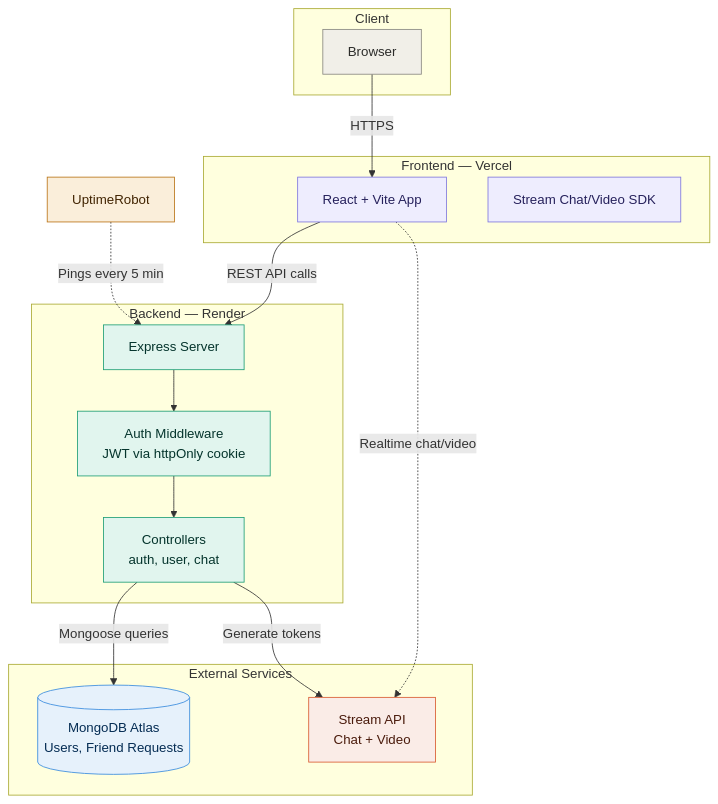
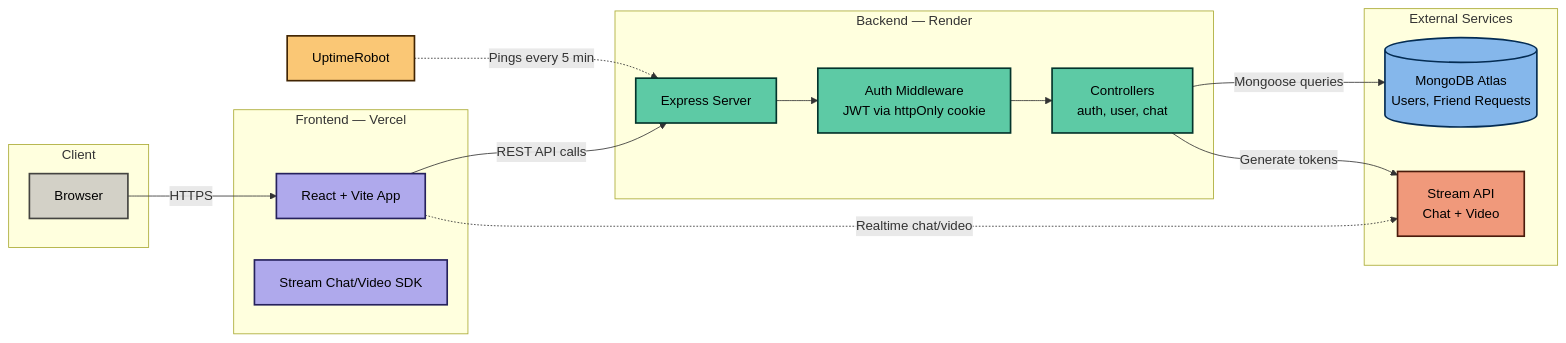
Before and after one commit to aasthabajpai010/BhashaShikho: the first of 4 diagrams in ARCHITECTURE.md, drawn with Mermaid. The commit also changed other lines of this file, not shown here.

Commit message:
Improve diagram color contrast for dark mode visibility

````diff
--- a/ARCHITECTURE.md
+++ b/ARCHITECTURE.md
@@ -11,46 +11,46 @@
 ```mermaid
-flowchart TB
+flowchart LR
     subgraph Client
         A[Browser]
     end
 
     subgraph Frontend["Frontend — Vercel"]
         B[React + Vite App]
         C[Stream Chat/Video SDK]
     end
 
     subgraph Backend["Backend — Render"]
         D[Express Server]
         E[Auth Middleware<br/>JWT via httpOnly cookie]
         F[Controllers<br/>auth, user, chat]
     end
 
     subgraph External["External Services"]
         G[(MongoDB Atlas<br/>Users, Friend Requests)]
         H[Stream API<br/>Chat + Video]
     end
 
     A -->|HTTPS| B
     B -->|REST API calls| D
     B -.->|Realtime chat/video| H
     D --> E
     E --> F
     F -->|Mongoose queries| G
     F -->|Generate tokens| H
 
     I[UptimeRobot] -.->|Pings every 5 min| D
 
-    classDef client fill:#F1EFE8,stroke:#888780,stroke-width:1px,color:#2C2C2A
-    classDef frontend fill:#EEEDFE,stroke:#7F77DD,stroke-width:1px,color:#26215C
-    classDef backend fill:#E1F5EE,stroke:#1D9E75,stroke-width:1px,color:#04342C
-    classDef database fill:#E6F1FB,stroke:#378ADD,stroke-width:1px,color:#042C53
-    classDef external fill:#FAECE7,stroke:#D85A30,stroke-width:1px,color:#4A1B0C
-    classDef monitor fill:#FAEEDA,stroke:#BA7517,stroke-width:1px,color:#412402
+    classDef client fill:#D3D1C7,stroke:#444441,stroke-width:2px,color:#000000
+    classDef frontend fill:#AFA9EC,stroke:#26215C,stroke-width:2px,color:#000000
+    classDef backend fill:#5DCAA5,stroke:#04342C,stroke-width:2px,color:#000000
+    classDef database fill:#85B7EB,stroke:#042C53,stroke-width:2px,color:#000000
+    classDef external fill:#F0997B,stroke:#4A1B0C,stroke-width:2px,color:#000000
+    classDef monitor fill:#FAC775,stroke:#412402,stroke-width:2px,color:#000000
 
     class A client
     class B,C frontend
     class D,E,F backend
     class G database
     class H external
     class I monitor
 ```
````
